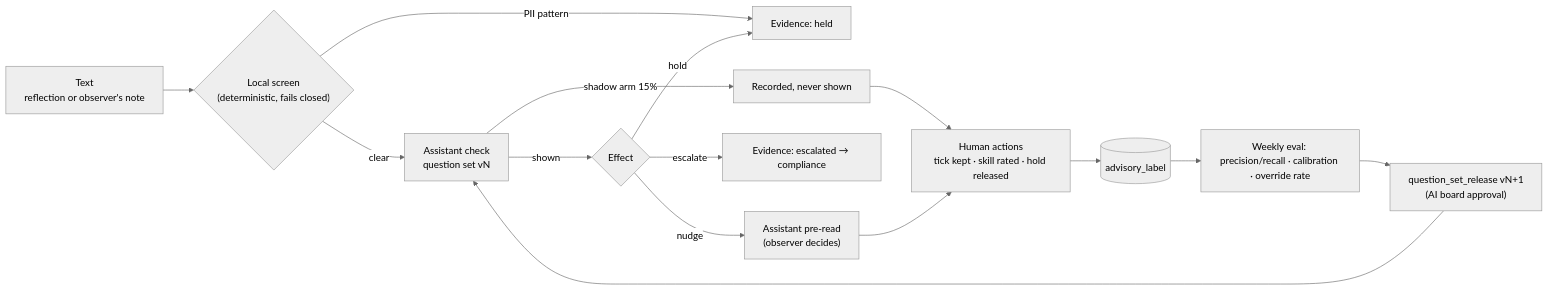
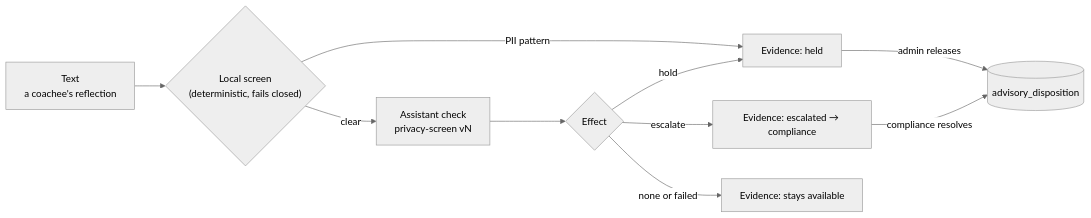
The sixth of 9 diagrams in docs/architecture/overview.md (brandonbryant12/project-x), drawn with Mermaid (neutral theme) before and after one commit. The commit also changed other lines of this file and 54 other files, not shown here.

````diff
--- a/docs/architecture/overview.md
+++ b/docs/architecture/overview.md
@@ -124,16 +119,12 @@
 ```mermaid
 flowchart LR
-  text["Text<br/>reflection or observer's note"] --> local{"Local screen<br/>(deterministic, fails closed)"}
+  text["Text<br/>a coachee's reflection"] --> local{"Local screen<br/>(deterministic, fails closed)"}
   local -- PII pattern --> held["Evidence: held"]
-  local -- clear --> check["Assistant check<br/>question set vN"]
-  check -->|shadow arm 15%| shadow["Recorded, never shown"]
-  check -->|shown| effect{"Effect"}
+  local -- clear --> check["Assistant check<br/>privacy-screen vN"]
+  check --> effect{"Effect"}
   effect -- hold --> held
   effect -- escalate --> esc["Evidence: escalated → compliance"]
-  effect -- nudge --> ui["Assistant pre-read<br/>(observer decides)"]
-  human["Human actions<br/>tick kept · skill rated · hold released"] --> labels[("advisory_label")]
-  shadow & ui --> human
-  labels --> eval["Weekly eval: precision/recall · calibration · override rate"]
-  eval --> release["question_set_release vN+1<br/>(AI board approval)"]
-  release --> check
+  effect -- none or failed --> avail["Evidence: stays available"]
+  held -- admin releases --> disp[("advisory_disposition")]
+  esc -- compliance resolves --> disp
 ```
````
